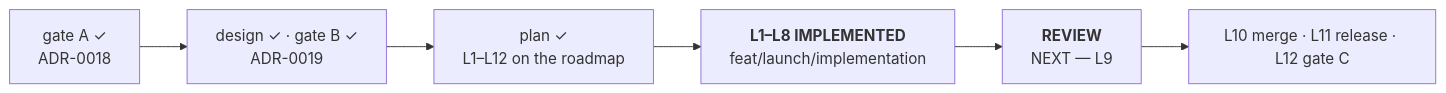
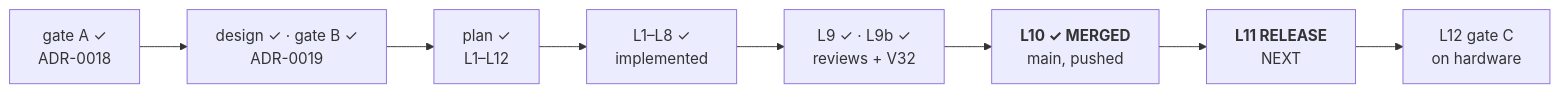
The diagram in docs/maintainers/handoff.md (alergyonthestage/ytdl), drawn with Mermaid before and after one commit. The commit also changed other lines of this file, not shown here.

First line of the commit message:
docs(process): replace the handoff with the state the merge leaves

````diff
--- a/docs/maintainers/handoff.md
+++ b/docs/maintainers/handoff.md
@@ -10,8 +10,10 @@
 ```mermaid
 flowchart LR
   A["gate A ✓<br/>ADR-0018"] --> D["design ✓ · gate B ✓<br/>ADR-0019"]
-  D --> P["plan ✓<br/>L1–L12 on the roadmap"]
-  P --> I["<b>L1–L8 IMPLEMENTED</b><br/>feat/launch/implementation"]
-  I --> R["<b>REVIEW</b><br/>NEXT — L9"]
-  R --> M["L10 merge · L11 release · L12 gate C"]
+  D --> P["plan ✓<br/>L1–L12"]
+  P --> I["L1–L8 ✓<br/>implemented"]
+  I --> R["L9 ✓ · L9b ✓<br/>reviews + V32"]
+  R --> M["<b>L10 ✓ MERGED</b><br/>main, pushed"]
+  M --> X["<b>L11 RELEASE</b><br/>NEXT"]
+  X --> C["L12 gate C<br/>on hardware"]
 ```
````
